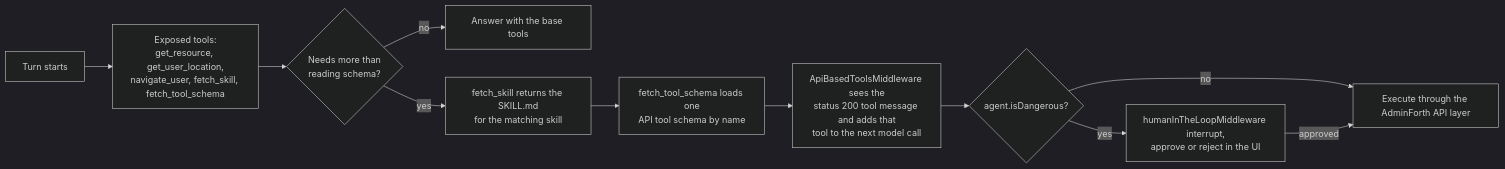
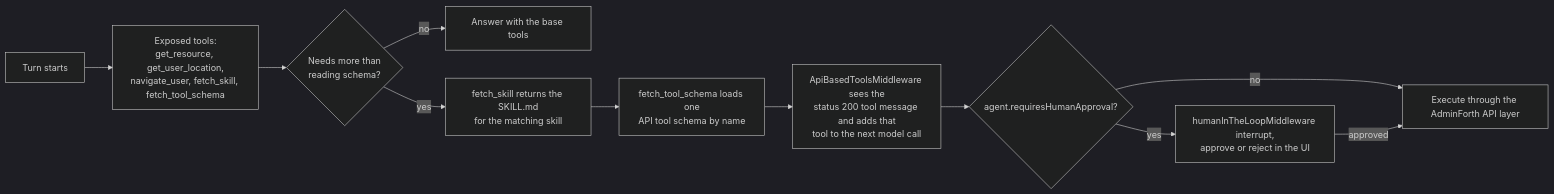
Before and after one commit to devforth/adminforth-agent: the third of 3 diagrams in README.md, drawn with Mermaid (dark theme). The commit also changed other lines of this file and 7 other files, not shown here.

Commit message:
feat: hide agent endpoints from tools, rename isDangerous to requiresHumanApproval

````diff
--- a/README.md
+++ b/README.md
@@ -147,13 +147,13 @@
 ```mermaid
 flowchart LR
     A["Turn starts"] --> B["Exposed tools:<br/>get_resource, get_user_location,<br/>navigate_user, fetch_skill, fetch_tool_schema"]
     B --> C{"Needs more than<br/>reading schema?"}
     C -- no --> D["Answer with the base tools"]
     C -- yes --> E["fetch_skill returns the SKILL.md<br/>for the matching skill"]
     E --> F["fetch_tool_schema loads one<br/>API tool schema by name"]
     F --> G["ApiBasedToolsMiddleware sees the<br/>status 200 tool message and adds that<br/>tool to the next model call"]
-    G --> H{"agent.isDangerous?"}
+    G --> H{"agent.requiresHumanApproval?"}
     H -- yes --> I["humanInTheLoopMiddleware interrupt,<br/>approve or reject in the UI"]
     H -- no --> J["Execute through the AdminForth API layer"]
     I -- approved --> J
 ```
````
